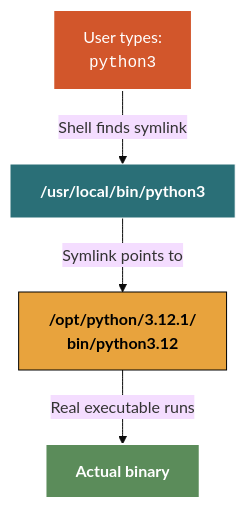
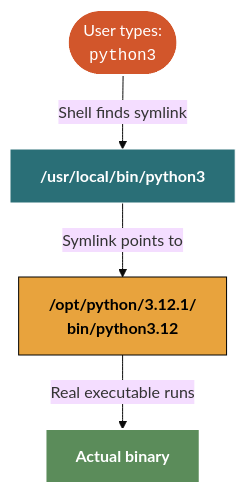
The second of 6 diagrams in install-apps.qmd (mjfrigaard/do4ds-labs), drawn with Mermaid before and after one commit. The commit also changed 28 other files, not shown here.

Commit message:
updates to mermaids

````diff
--- a/install-apps.qmd
+++ b/install-apps.qmd
@@ -130,21 +130,21 @@
 ```{mermaid}
 %%| fig-cap: 'Symlink Resolution'
 %%| fig-width: 7.0
 %%| fig-align: 'center'
 %%{init: {'theme': 'base', 'themeVariables': {'fontFamily': 'monospace'}}}%%
 
 graph TD
-    User["User types:<br/><code>python3</code>"]
+    User(["User types:<br/><code>python3</code>"])
     Link["<strong>/usr/local/bin/python3</strong>"]
     Points["<strong>/opt/python/3.12.1/<br>bin/python3.12</strong>"]
     Real["<strong>Actual binary</strong>"]
 
     User --"Shell finds symlink"--> Link
     Link --"Symlink points to"--> Points
     Points --"Real executable runs"--> Real
 
     style User fill:#d2562b,stroke:#fff,stroke-width:2px,color:#fff
     style Link fill:#2a6f77,stroke:#fff,stroke-width:1px,color:#fff
     style Points fill:#e8a33d,stroke:#000,stroke-width:1px,color:#000
     style Real fill:#5b8c5a,stroke:#fff,stroke-width:2px,color:#fff
 ```
````
